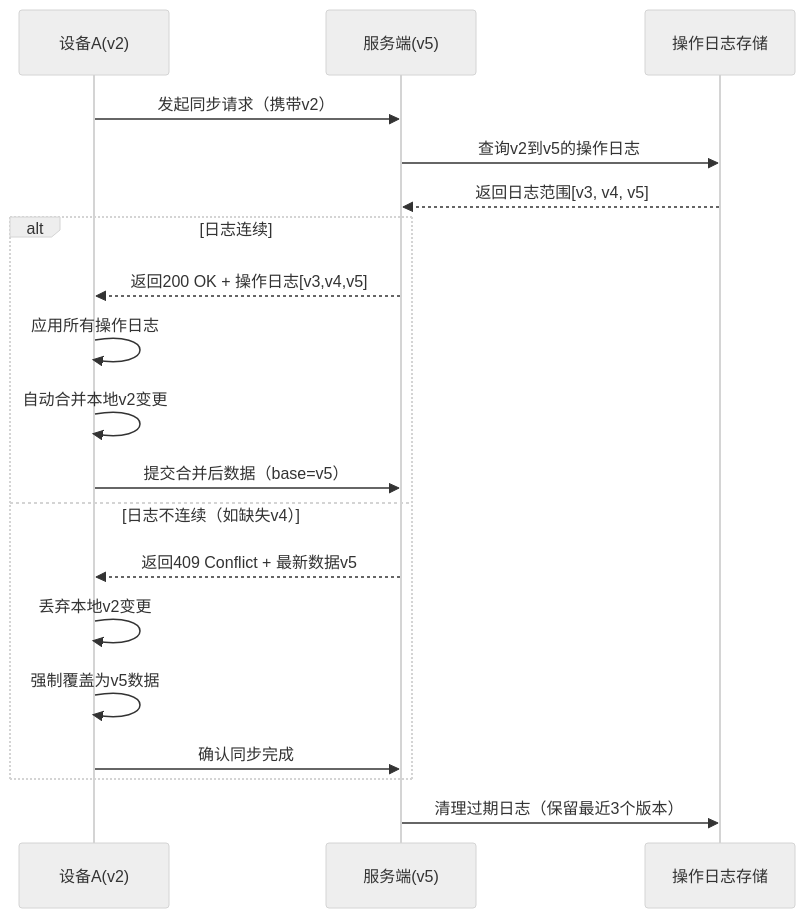
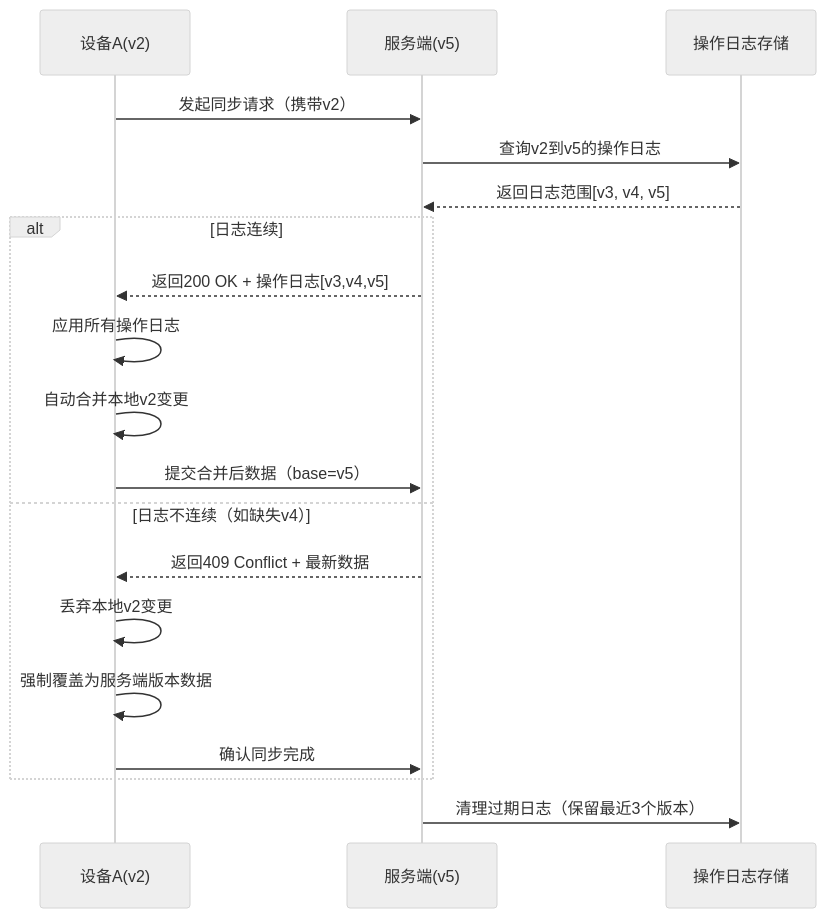
The diagram in all/未命名-24.md (yingjianzh/iodraw-files), drawn with Mermaid (neutral theme) before and after one commit.

Commit message:
2025-02-24 11:03:33 update

````diff
--- a/all/未命名-24.md
+++ b/all/未命名-24.md
@@ -1,27 +1,27 @@
 ```mermaid
 
 sequenceDiagram
     participant A as 设备A(v2)
     participant S as 服务端(v5)
     participant DB as 操作日志存储
 
 
     A->>S: 发起同步请求（携带v2）
     S->>DB: 查询v2到v5的操作日志
     DB-->>S: 返回日志范围[v3, v4, v5]
     
     alt 日志连续
         S-->>A: 返回200 OK + 操作日志[v3,v4,v5]
         A->>A: 应用所有操作日志
         A->>A: 自动合并本地v2变更
         A->>S: 提交合并后数据（base=v5）
     else 日志不连续（如缺失v4）
-        S-->>A: 返回409 Conflict + 最新数据v5
+        S-->>A: 返回409 Conflict + 最新数据
         A->>A: 丢弃本地v2变更
-        A->>A: 强制覆盖为v5数据
+        A->>A: 强制覆盖为服务端版本数据
         A->>S: 确认同步完成
     end
     
     S->>DB: 清理过期日志（保留最近3个版本）
 
 ```
````
